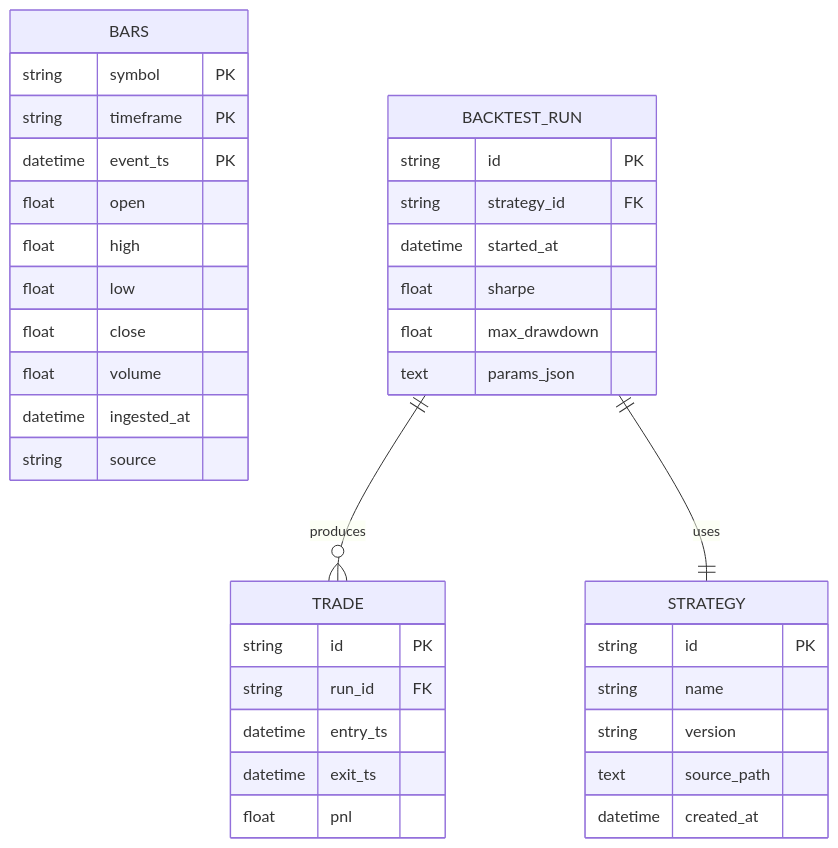
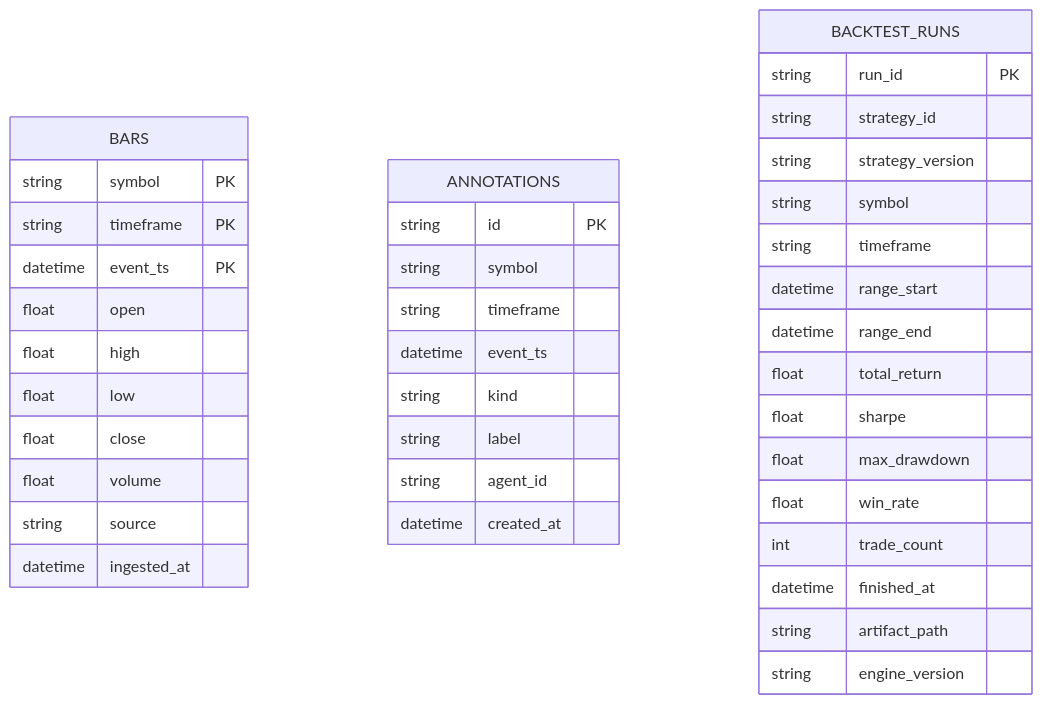
Before and after one commit to IgorKonovalov/market-analyzer: the second of 2 diagrams in docs/architecture/diagrams/bootstrap-component-map.md, drawn with Mermaid. The commit also changed other lines of this file and 2 other files, not shown here.

````diff
--- a/docs/architecture/diagrams/bootstrap-component-map.md
+++ b/docs/architecture/diagrams/bootstrap-component-map.md
@@ -88,39 +49,42 @@
 ```mermaid
 erDiagram
     BARS {
         string symbol PK
         string timeframe PK
         datetime event_ts PK
         float open
         float high
         float low
         float close
         float volume
+        string source
         datetime ingested_at
-        string source
     }
-    STRATEGY {
+    ANNOTATIONS {
         string id PK
-        string name
-        string version
-        text source_path
+        string symbol
+        string timeframe
+        datetime event_ts
+        string kind
+        string label
+        string agent_id
         datetime created_at
     }
-    BACKTEST_RUN {
-        string id PK
-        string strategy_id FK
-        datetime started_at
+    BACKTEST_RUNS {
+        string run_id PK
+        string strategy_id
+        string strategy_version
+        string symbol
+        string timeframe
+        datetime range_start
+        datetime range_end
+        float total_return
         float sharpe
         float max_drawdown
-        text params_json
+        float win_rate
+        int trade_count
+        datetime finished_at
+        string artifact_path
+        string engine_version
     }
-    TRADE {
-        string id PK
-        string run_id FK
-        datetime entry_ts
-        datetime exit_ts
-        float pnl
-    }
-    BACKTEST_RUN ||--o{ TRADE : produces
-    BACKTEST_RUN ||--|| STRATEGY : uses
 ```
````
